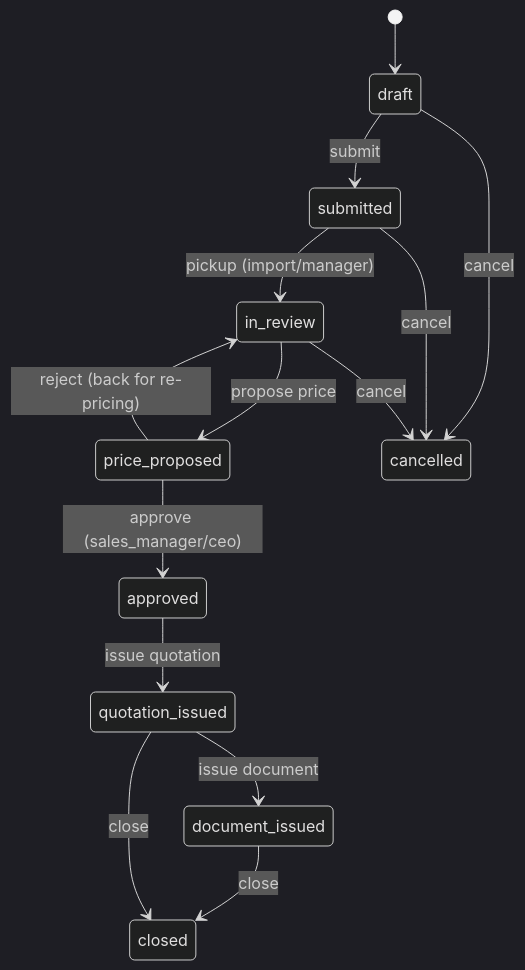
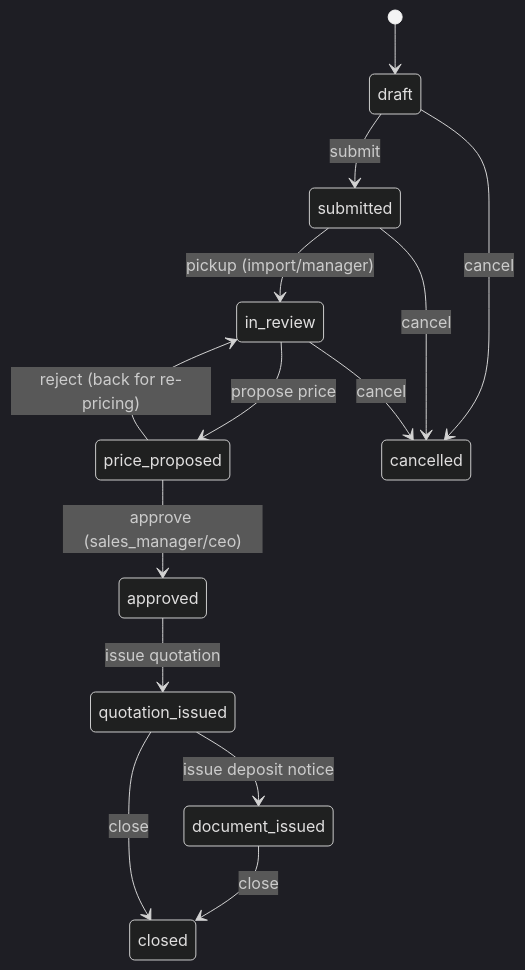
One commit to waritctd/GL-R-ERP changed the second of 4 diagrams in ERP Documentation/03_Feature_Documentation.md. Above: the diagram before and after it, drawn with Mermaid (dark theme). The commit also changed other lines of this file and 9 other files, not shown here.

First line of the commit message:
Fix docs to match actual schema (head V29, computed leave balances, XLSX)

````diff
--- a/ERP Documentation/03_Feature_Documentation.md
+++ b/ERP Documentation/03_Feature_Documentation.md
@@ -113,16 +113,16 @@
 ```mermaid
 stateDiagram-v2
     [*] --> draft
     draft --> submitted : submit
     submitted --> in_review : pickup (import/manager)
     in_review --> price_proposed : propose price
     price_proposed --> approved : approve (sales_manager/ceo)
     price_proposed --> in_review : reject (back for re-pricing)
     approved --> quotation_issued : issue quotation
-    quotation_issued --> document_issued : issue document
+    quotation_issued --> document_issued : issue deposit notice
     document_issued --> closed : close
     quotation_issued --> closed : close
     draft --> cancelled : cancel
     submitted --> cancelled : cancel
     in_review --> cancelled : cancel
 ```
````
